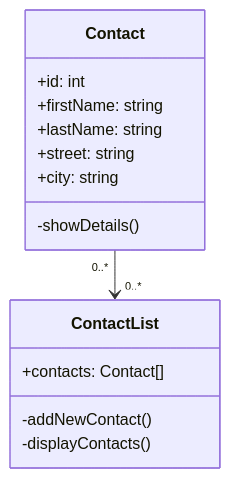
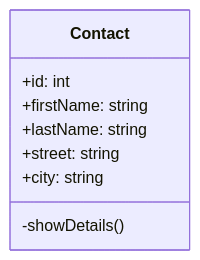
The diagram in state-model.md (boolean-uk/react-address-book-part-1), drawn with Mermaid before and after one commit.

Commit message:
Updated class Diagram

````diff
--- a/state-model.md
+++ b/state-model.md
@@ -1,17 +1,11 @@
 ```mermaid
 classDiagram
     class Contact {
         +id: int
         +firstName: string
         +lastName: string
         +street: string
         +city: string
         -showDetails()
     }
-    class ContactList {
-        -addNewContact()
-        -displayContacts()
-        +contacts: Contact[]
-    }
-    Contact "0..*" --> "0..*" ContactList
 ```
````
